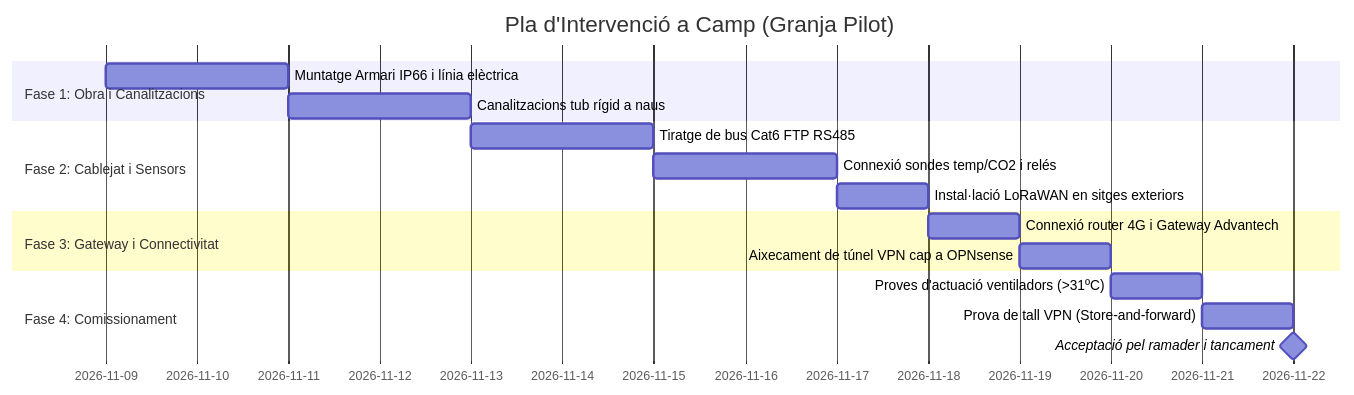
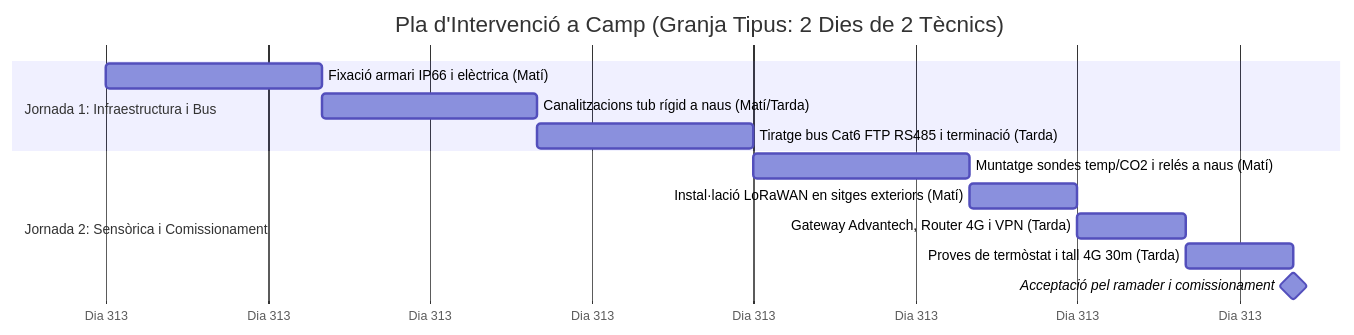
One commit to JoanGarcia25/avigest-projecte changed the second of 2 diagrams in docs/E3_pla_intervencio/E3_pla_intervencio.md. Above: the diagram before and after it, drawn with Mermaid. The commit also changed other lines of this file and 5 other files, not shown here.

````diff
--- a/docs/E3_pla_intervencio/E3_pla_intervencio.md
+++ b/docs/E3_pla_intervencio/E3_pla_intervencio.md
@@ -227,19 +388,16 @@
 ```mermaid
 gantt
-    title Pla d'Intervenció a Camp (Granja Pilot)
+    title Pla d'Intervenció a Camp (Granja Tipus: 2 Dies de 2 Tècnics)
     dateFormat  YYYY-MM-DD
-    section Fase 1: Obra i Canalitzacions
-    Muntatge Armari IP66 i línia elèctrica :f1_1, 2026-11-09, 2d
-    Canalitzacions tub rígid a naus        :f1_2, after f1_1, 2d
-    section Fase 2: Cablejat i Sensors
-    Tiratge de bus Cat6 FTP RS485         :f2_1, after f1_2, 2d
-    Connexió sondes temp/CO2 i relés      :f2_2, after f2_1, 2d
-    Instal·lació LoRaWAN en sitges exteriors:f2_3, after f2_2, 1d
-    section Fase 3: Gateway i Connectivitat
-    Connexió router 4G i Gateway Advantech :f3_1, after f2_3, 1d
-    Aixecament de túnel VPN cap a OPNsense:f3_2, after f3_1, 1d
-    section Fase 4: Comissionament
-    Proves d'actuació ventiladors (>31ºC) :f4_1, after f3_2, 1d
-    Prova de tall VPN (Store-and-forward) :f4_2, after f4_1, 1d
-    Acceptació pel ramader i tancament    :milestone, after f4_2, 0d
+    axisFormat  Dia %j
+    section Jornada 1: Infraestructura i Bus
+    Fixació armari IP66 i elèctrica (Matí)       :j1_1, 2026-11-09, 4h
+    Canalitzacions tub rígid a naus (Matí/Tarda) :j1_2, after j1_1, 4h
+    Tiratge bus Cat6 FTP RS485 i terminació (Tarda):j1_3, after j1_2, 4h
+    section Jornada 2: Sensòrica i Comissionament
+    Muntatge sondes temp/CO2 i relés a naus (Matí):j2_1, after j1_3, 4h
+    Instal·lació LoRaWAN en sitges exteriors (Matí):j2_2, after j2_1, 2h
+    Gateway Advantech, Router 4G i VPN (Tarda)    :j2_3, after j2_2, 2h
+    Proves de termòstat i tall 4G 30m (Tarda)     :j2_4, after j2_3, 2h
+    Acceptació pel ramader i comissionament       :milestone, after j2_4, 0d
 ```
````
